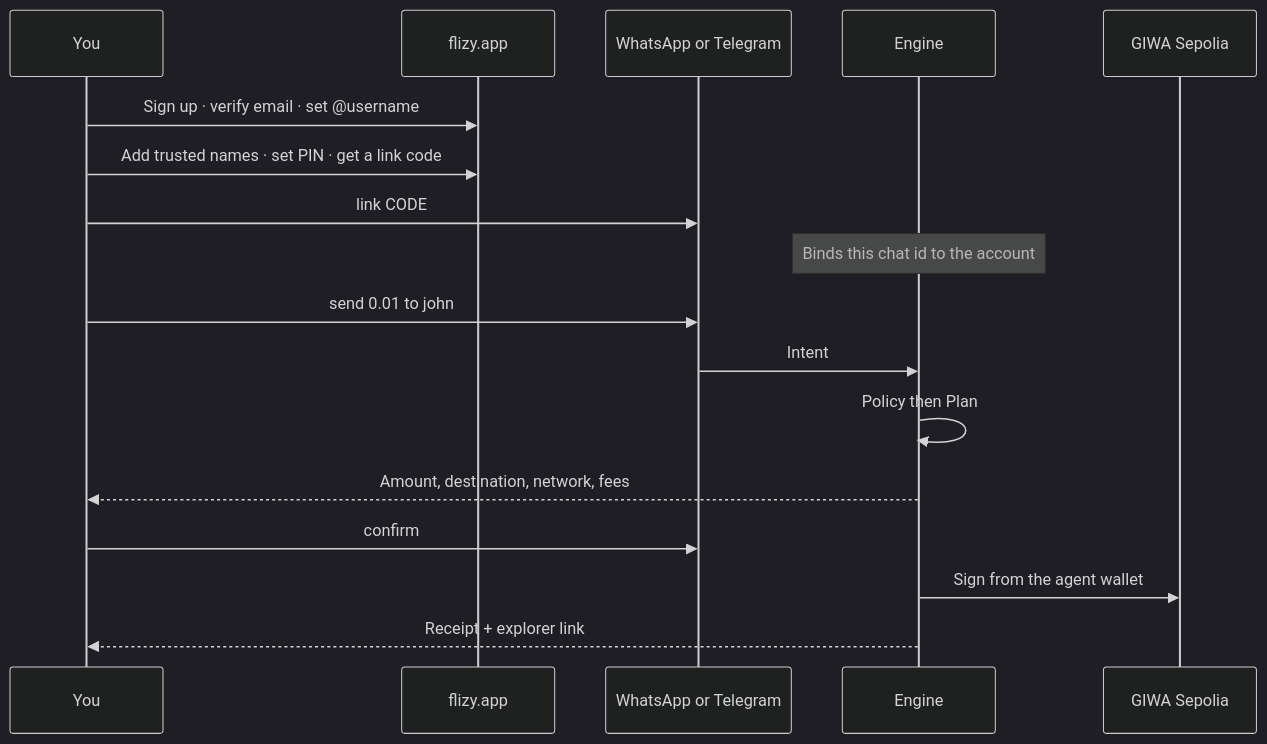
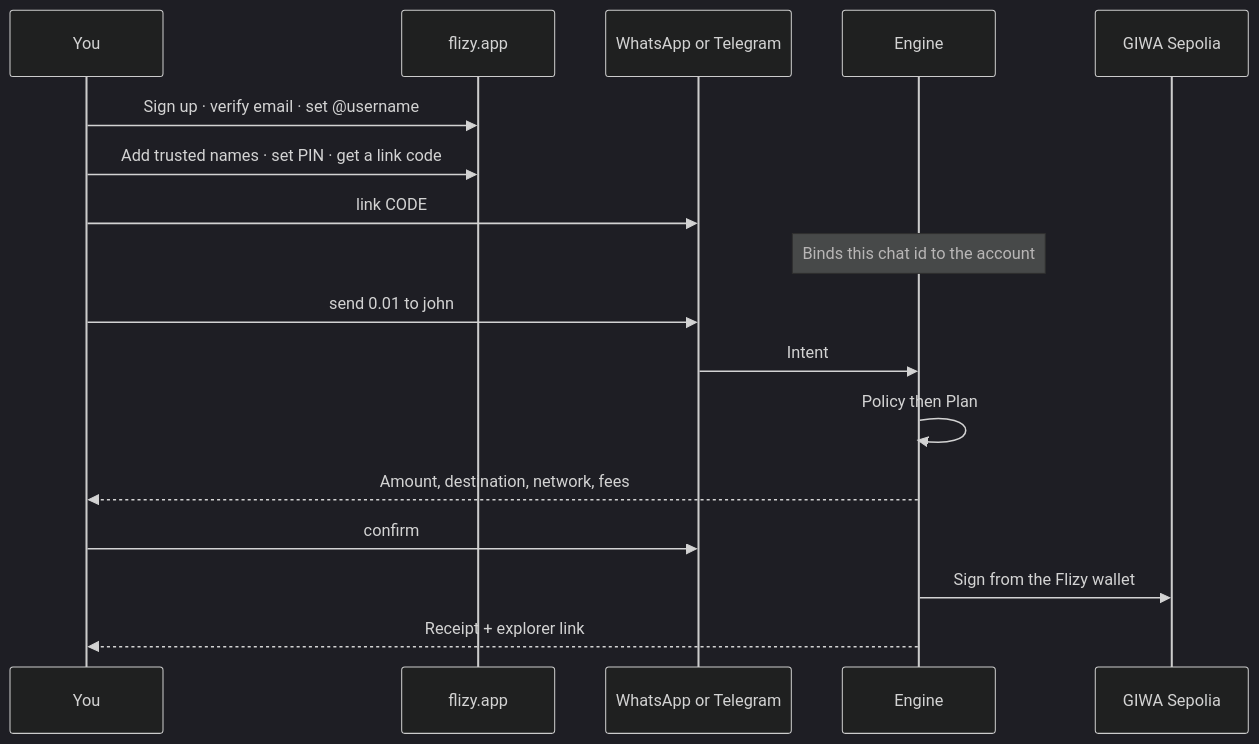
The fourth of 4 diagrams in README.md (rudazy/flizy), drawn with Mermaid (dark theme) before and after one commit. The commit also changed other lines of this file and 28 other files, not shown here.

````diff
--- a/README.md
+++ b/README.md
@@ -165,20 +165,20 @@
 ```mermaid
 sequenceDiagram
   participant U as You
   participant Site as flizy.app
   participant Chat as WhatsApp or Telegram
   participant E as Engine
   participant Chain as GIWA Sepolia
 
   U->>Site: Sign up · verify email · set @username
   U->>Site: Add trusted names · set PIN · get a link code
   U->>Chat: link CODE
   Note over E: Binds this chat id to the account
   U->>Chat: send 0.01 to john
   Chat->>E: Intent
   E->>E: Policy then Plan
   E-->>U: Amount, destination, network, fees
   U->>Chat: confirm
-  E->>Chain: Sign from the agent wallet
+  E->>Chain: Sign from the Flizy wallet
   E-->>U: Receipt + explorer link
 ```
````
